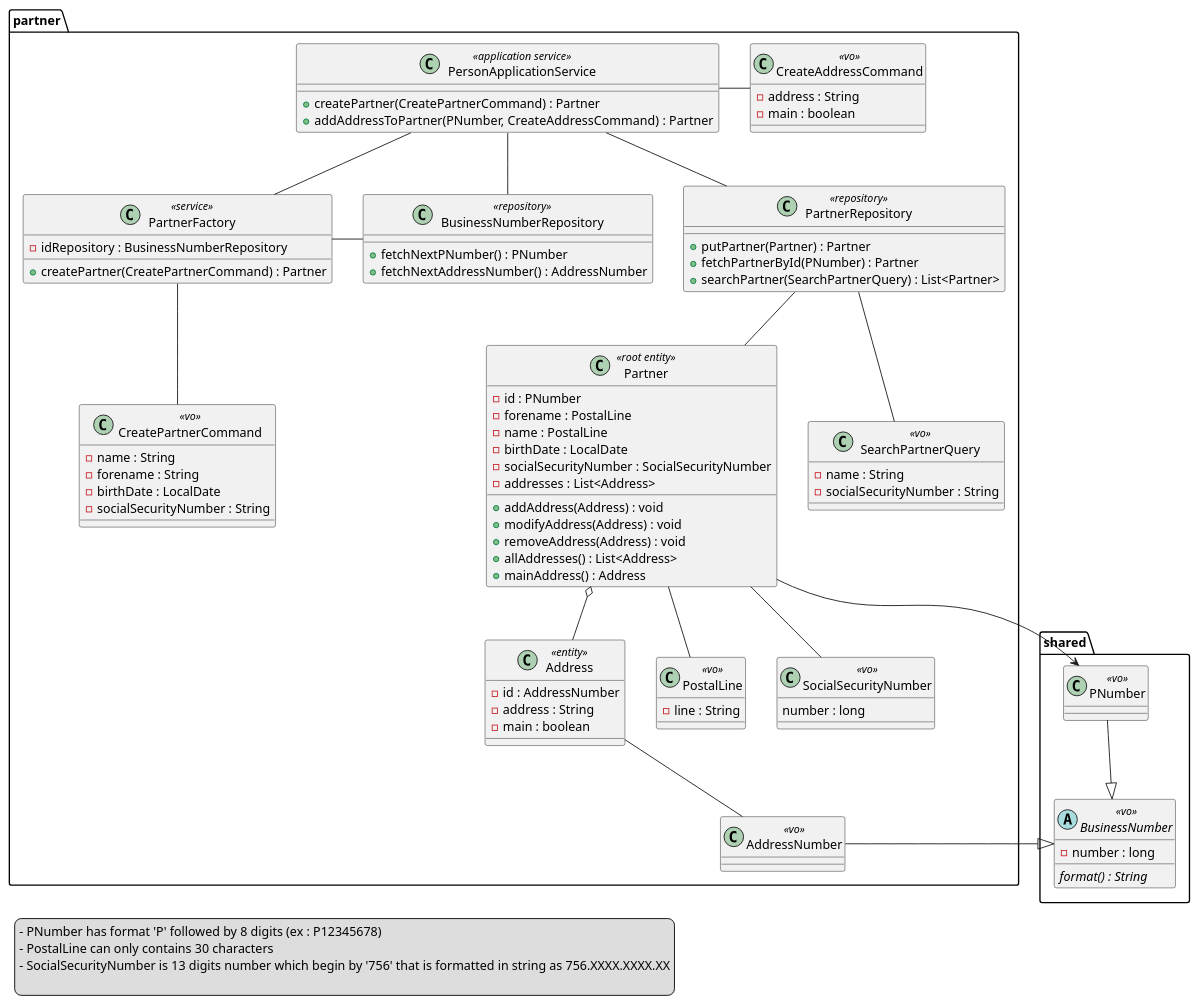
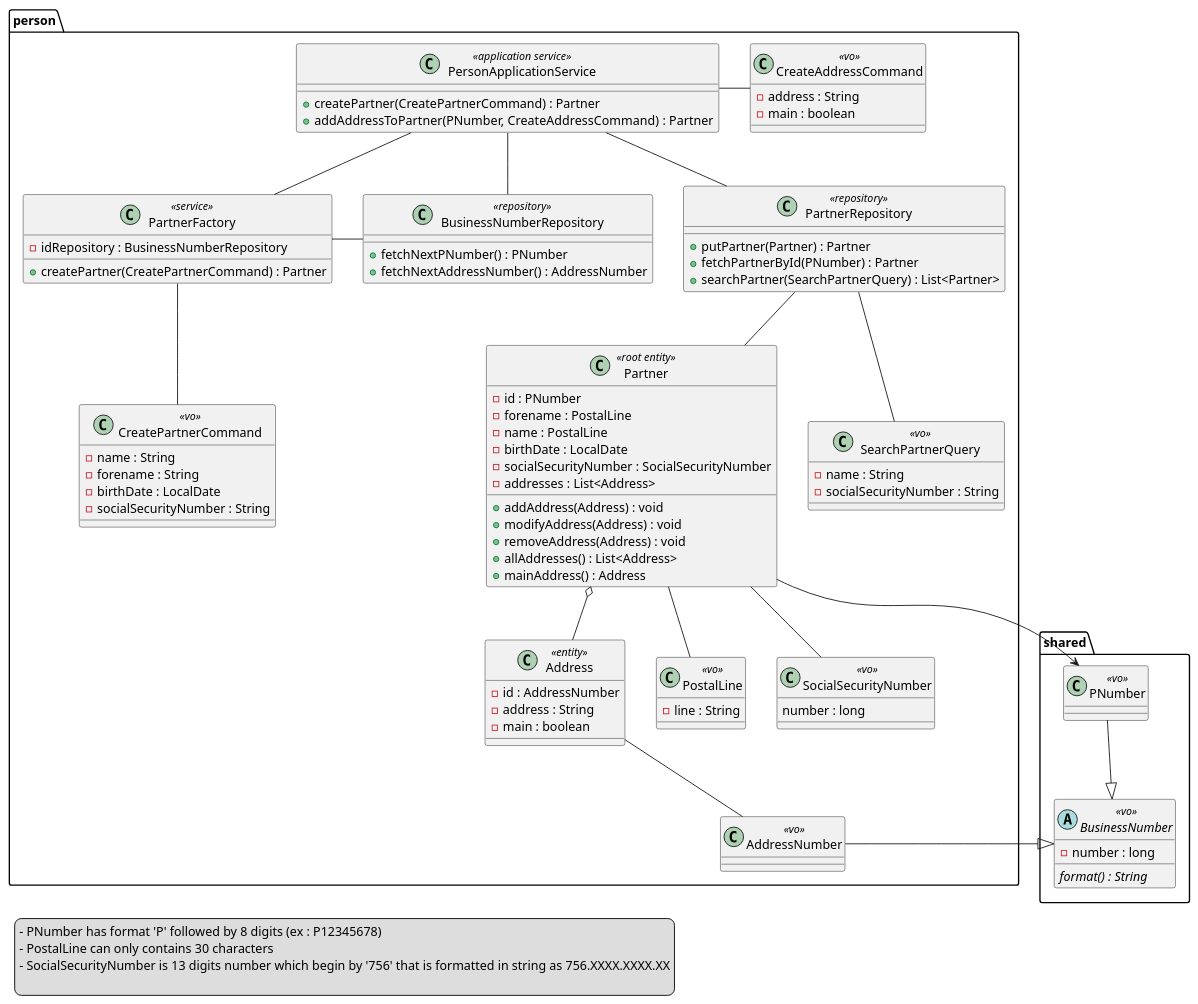
One commit to McKratt/microservice-sandbox changed the diagram in person/person-domain/PersonDomain.puml. Above: the diagram before and after it, drawn with PlantUML. The commit also changed 130 other files, not shown here.

```diff
--- a/person/person-domain/PersonDomain.puml
+++ b/person/person-domain/PersonDomain.puml
@@ -1,99 +1,99 @@
 @startuml
-package partner {
+package person {
     class PersonApplicationService <<application service>> {
         + createPartner(CreatePartnerCommand) : Partner
         + addAddressToPartner(PNumber, CreateAddressCommand) : Partner
     }
     class PartnerFactory <<service>> {
         - idRepository : BusinessNumberRepository
         + createPartner(CreatePartnerCommand) : Partner
     }
     class BusinessNumberRepository <<repository>> {
         + fetchNextPNumber() : PNumber
         + fetchNextAddressNumber() : AddressNumber
     }
     class PartnerRepository <<repository>> {
         + putPartner(Partner) : Partner
         + fetchPartnerById(PNumber) : Partner
         + searchPartner(SearchPartnerQuery) : List<Partner>
     }
     class CreatePartnerCommand <<vo>> {
         - name : String
         - forename : String
         - birthDate : LocalDate
         - socialSecurityNumber : String
     }
     class CreateAddressCommand <<vo>> {
         - address : String
         - main : boolean
     }
     class SearchPartnerQuery <<vo>> {
         - name : String
         - socialSecurityNumber : String
     }
     class Partner <<root entity>> {
         - id : PNumber
         - forename : PostalLine
         - name : PostalLine
         - birthDate : LocalDate
         - socialSecurityNumber : SocialSecurityNumber
         - addresses : List<Address>
         + addAddress(Address) : void
         + modifyAddress(Address) : void
         + removeAddress(Address) : void
         + allAddresses() : List<Address>
         + mainAddress() : Address
     }
     class Address <<entity>> {
         - id : AddressNumber
         - address : String
         - main : boolean
     }
     class AddressNumber <<vo>>
     class PostalLine <<vo>> {
         - line : String
     }
     class SocialSecurityNumber <<vo>> {
         number : long
     }
     PersonApplicationService -- PartnerFactory
     PersonApplicationService -- PartnerRepository
     PersonApplicationService -- BusinessNumberRepository
     PersonApplicationService - CreateAddressCommand
 
     PartnerFactory - BusinessNumberRepository
     PartnerFactory -- CreatePartnerCommand
 
     PartnerRepository -- Partner
     PartnerRepository -- SearchPartnerQuery
 
     Partner -- PostalLine
     Partner o-- Address
     Partner -- SocialSecurityNumber
 
     Address -- AddressNumber
 
 }
 
 package shared {
     class PNumber <<vo>>
 
     abstract BusinessNumber <<vo>> {
         - number : long
         {abstract} format() : String
     }
 
     PNumber --|> BusinessNumber
 }
 
 Partner -> PNumber
 AddressNumber -|> BusinessNumber
 
 legend left
 - PNumber has format 'P' followed by 8 digits (ex : P12345678)
 - PostalLine can only contains 30 characters
 - SocialSecurityNumber is 13 digits number which begin by '756' that is formatted in string as 756.XXXX.XXXX.XX
 
 end legend
 
 @enduml
```
